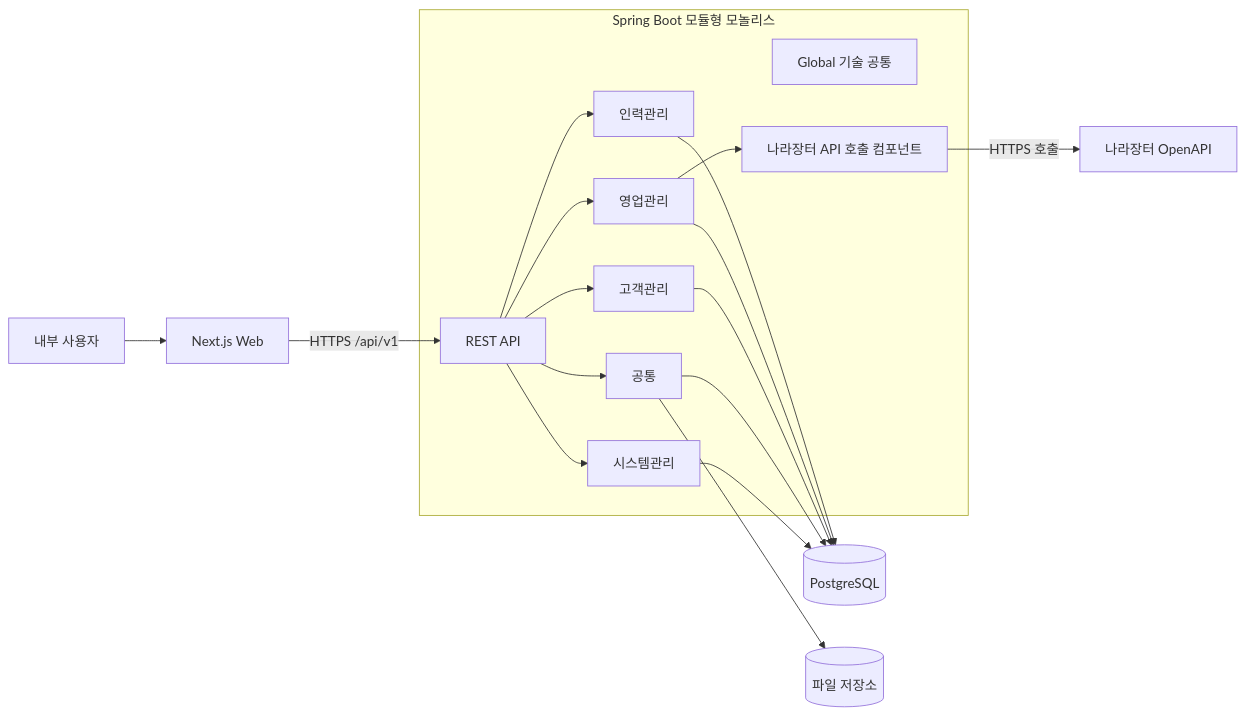
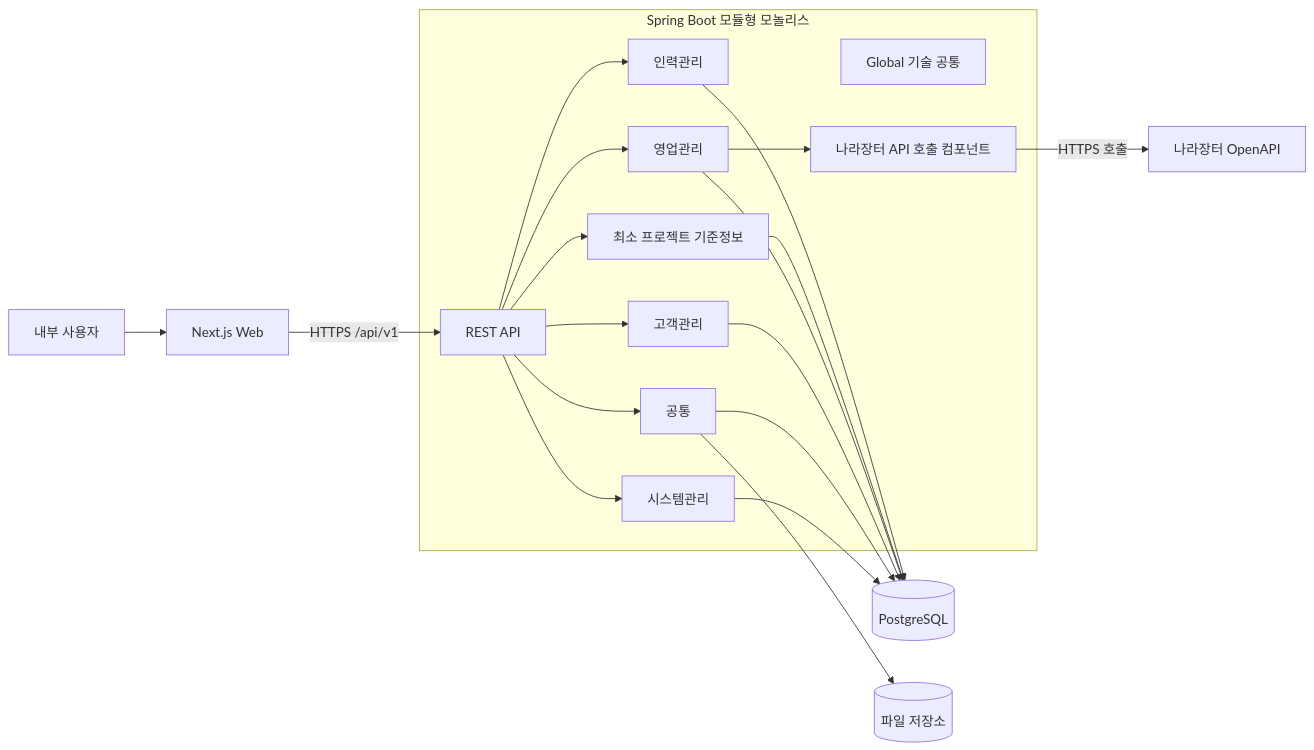
One commit to MrKkondae/business-management-system changed the diagram in docs/02.architecture/01.application-architecture/application-architecture.md. Above: the diagram before and after it, drawn with Mermaid. The commit also changed other lines of this file and 22 other files, not shown here.

````diff
--- a/docs/02.architecture/01.application-architecture/application-architecture.md
+++ b/docs/02.architecture/01.application-architecture/application-architecture.md
@@ -107,30 +110,33 @@
 ```mermaid
 flowchart LR
     U[내부 사용자] --> W[Next.js Web]
 
     subgraph BACKEND[Spring Boot 모듈형 모놀리스]
         API[REST API]
         G[Global 기술 공통]
         SYS[시스템관리]
         COM[공통]
         CUS[고객관리]
         SAL[영업관리]
+        PRJ[최소 프로젝트 기준정보]
         RES[인력관리]
         G2BC[나라장터 API 호출 컴포넌트]
     end
 
     W -->|HTTPS /api/v1| API
     API --> SYS
     API --> COM
     API --> CUS
     API --> SAL
+    API --> PRJ
     API --> RES
     SYS --> DB[(PostgreSQL)]
     COM --> DB
     CUS --> DB
     SAL --> DB
+    PRJ --> DB
     RES --> DB
     COM --> FS[(파일 저장소)]
     SAL --> G2BC
     G2BC -->|HTTPS 호출| G2B[나라장터 OpenAPI]
 ```
````
